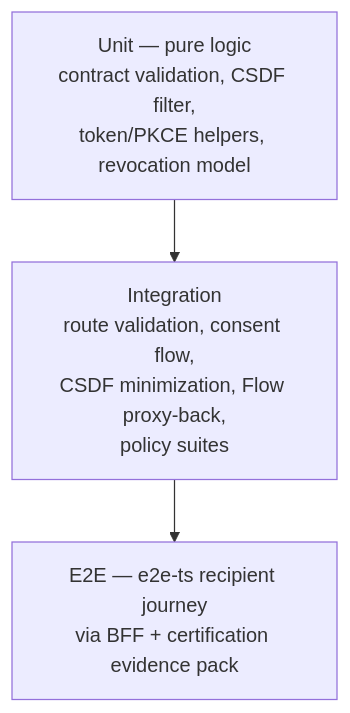
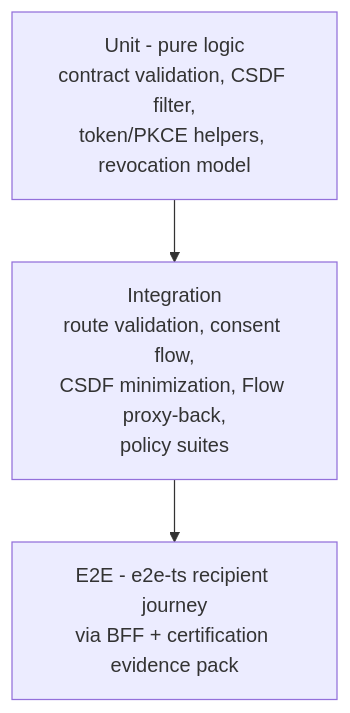
The ninth of 9 diagrams in DESIGN.md (Bank8-dev/bank8-fdx), drawn with Mermaid before and after one commit. The commit also changed other lines of this file and 43 other files, not shown here.

````diff
--- a/DESIGN.md
+++ b/DESIGN.md
@@ -433,5 +433,5 @@
 ```mermaid
 graph TD
-    U["Unit — pure logic<br/>contract validation, CSDF filter,<br/>token/PKCE helpers, revocation model"] --> I["Integration<br/>route validation, consent flow,<br/>CSDF minimization, Flow proxy-back,<br/>policy suites"]
-    I --> E["E2E — e2e-ts recipient journey<br/>via BFF + certification evidence pack"]
+    U["Unit - pure logic<br/>contract validation, CSDF filter,<br/>token/PKCE helpers, revocation model"] --> I["Integration<br/>route validation, consent flow,<br/>CSDF minimization, Flow proxy-back,<br/>policy suites"]
+    I --> E["E2E - e2e-ts recipient journey<br/>via BFF + certification evidence pack"]
 ```
````
